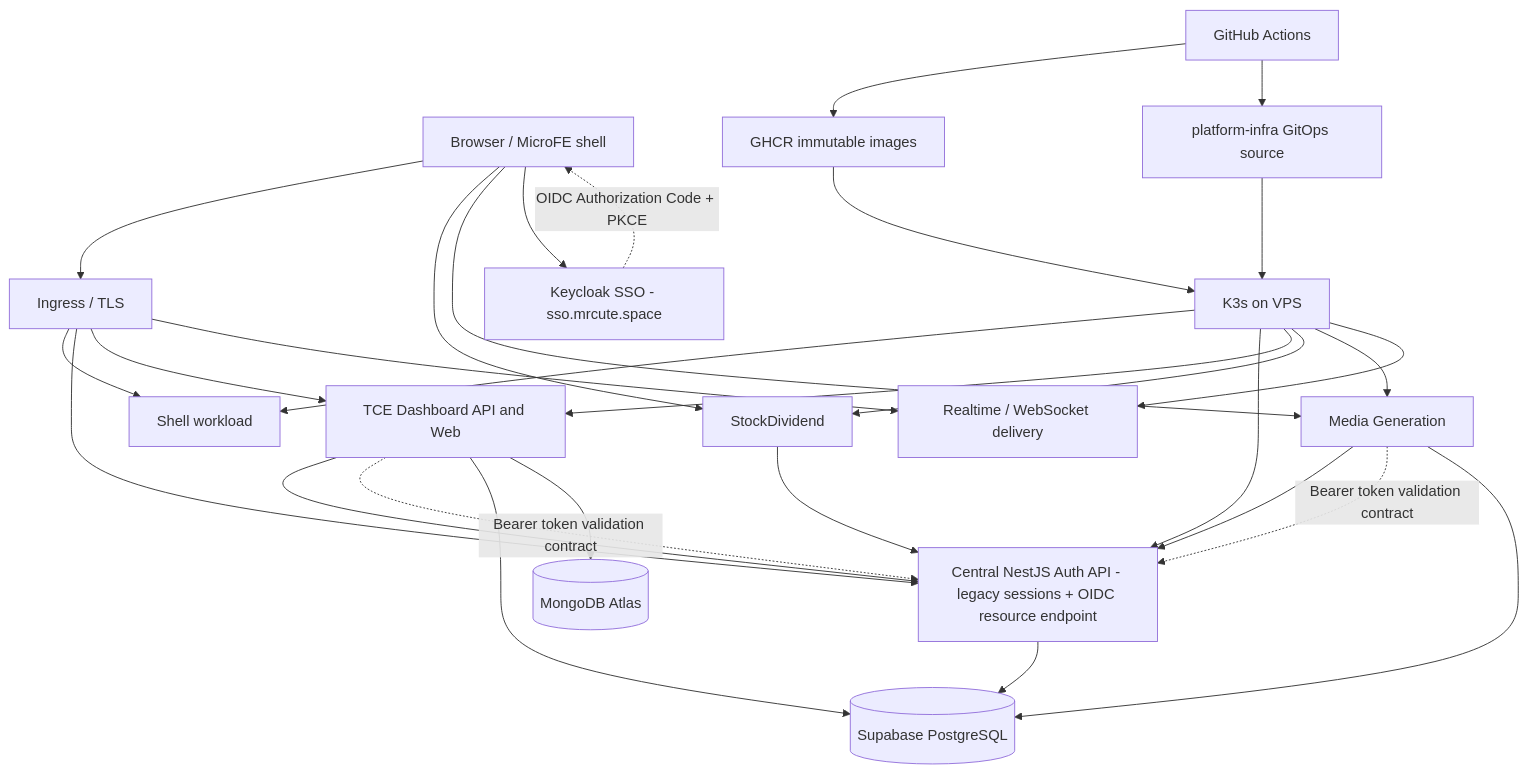
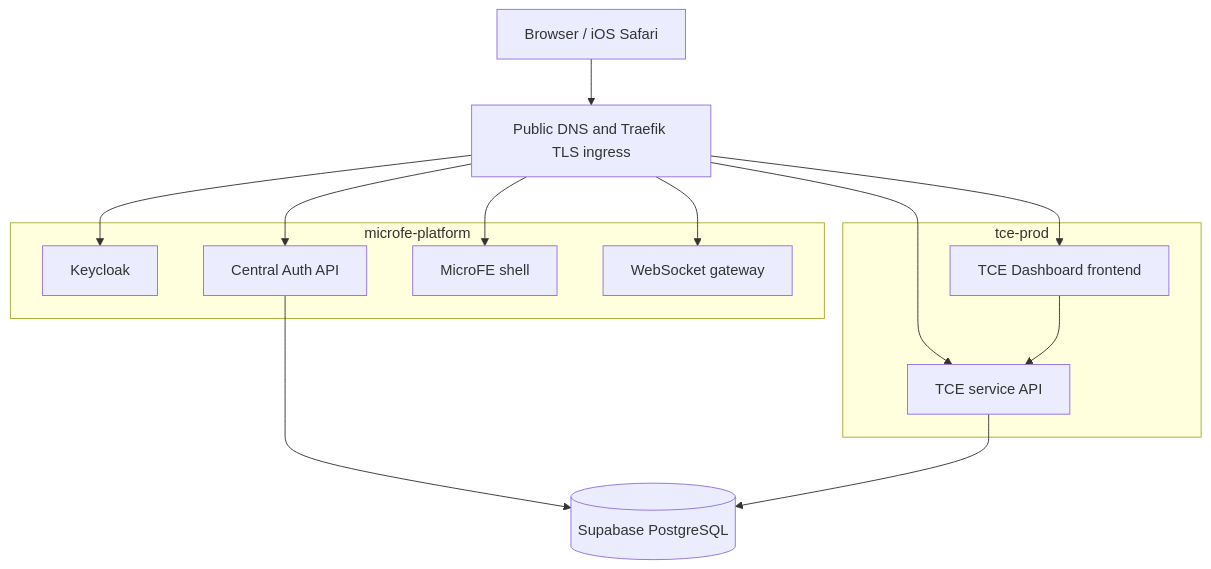
One commit to phanthienquoc/platform-infra changed the first of 2 diagrams in docs/system-design-safe-change-contract.md. Above: the diagram before and after it, drawn with Mermaid. The commit also changed other lines of this file and 5 other files, not shown here.

````diff
--- a/docs/system-design-safe-change-contract.md
+++ b/docs/system-design-safe-change-contract.md
@@ -29,47 +20,27 @@
 ```mermaid
 flowchart TB
-  Browser[Browser / MicroFE shell]
-  Edge[Ingress / TLS]
-  Shell[Shell workload]
-  Auth[Central NestJS Auth API - legacy sessions + OIDC resource endpoint]
-  IdP[Keycloak SSO - sso.mrcute.space]
-  TCE[TCE Dashboard API and Web]
-  Stock[StockDividend]
-  Media[Media Generation]
-  WS[Realtime / WebSocket delivery]
-  PG[(Supabase PostgreSQL)]
-  Mongo[(MongoDB Atlas)]
-  GH[GitHub Actions]
-  Registry[GHCR immutable images]
-  GitOps[platform-infra GitOps source]
-  VPS[K3s on VPS]
+  browser[Browser / iOS Safari]
+  edge[Public DNS and Traefik TLS ingress]
+  browser --> edge
 
-  Browser --> Edge
-  Edge --> Shell
-  Edge --> Auth
-  Edge --> TCE
-  Edge --> WS
-  Browser --> Stock
-  Browser --> Media
-  Browser --> IdP
-  IdP -. OIDC Authorization Code + PKCE .-> Browser
-  TCE --> Auth
-  Media --> Auth
-  TCE -. Bearer token validation contract .-> Auth
-  Media -. Bearer token validation contract .-> Auth
-  Stock --> Auth
-  Auth --> PG
-  TCE --> PG
-  TCE --> Mongo
-  Media --> PG
-  GH --> Registry
-  GH --> GitOps
-  GitOps --> VPS
-  Registry --> VPS
-  VPS --> Shell
-  VPS --> Auth
-  VPS --> TCE
-  VPS --> Stock
-  VPS --> Media
-  VPS --> WS
+  subgraph platform[microfe-platform]
+    keycloak[Keycloak]
+    auth[Central Auth API]
+    shell[MicroFE shell]
+    ws[WebSocket gateway]
+  end
+  subgraph tce[tce-prod]
+    frontend[TCE Dashboard frontend]
+    service[TCE service API]
+  end
+  edge --> keycloak
+  edge --> auth
+  edge --> shell
+  edge --> ws
+  edge --> frontend
+  edge --> service
+  frontend --> service
+  db[(Supabase PostgreSQL)]
+  auth --> db
+  service --> db
 ```
````
